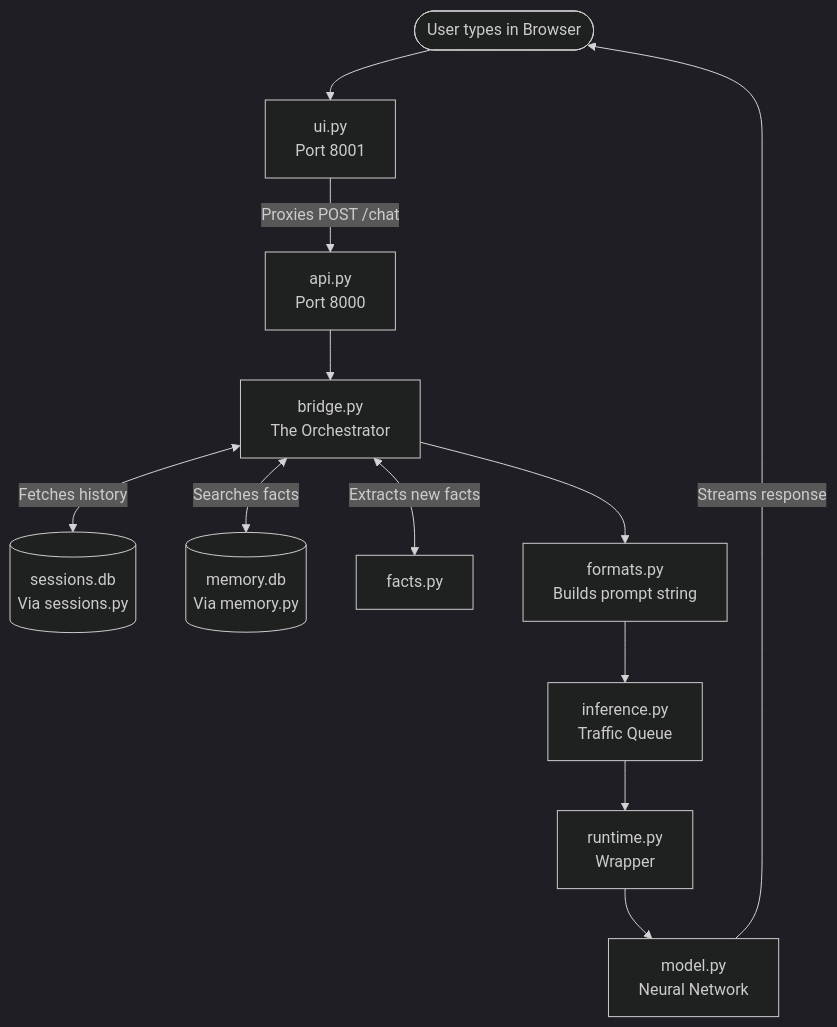
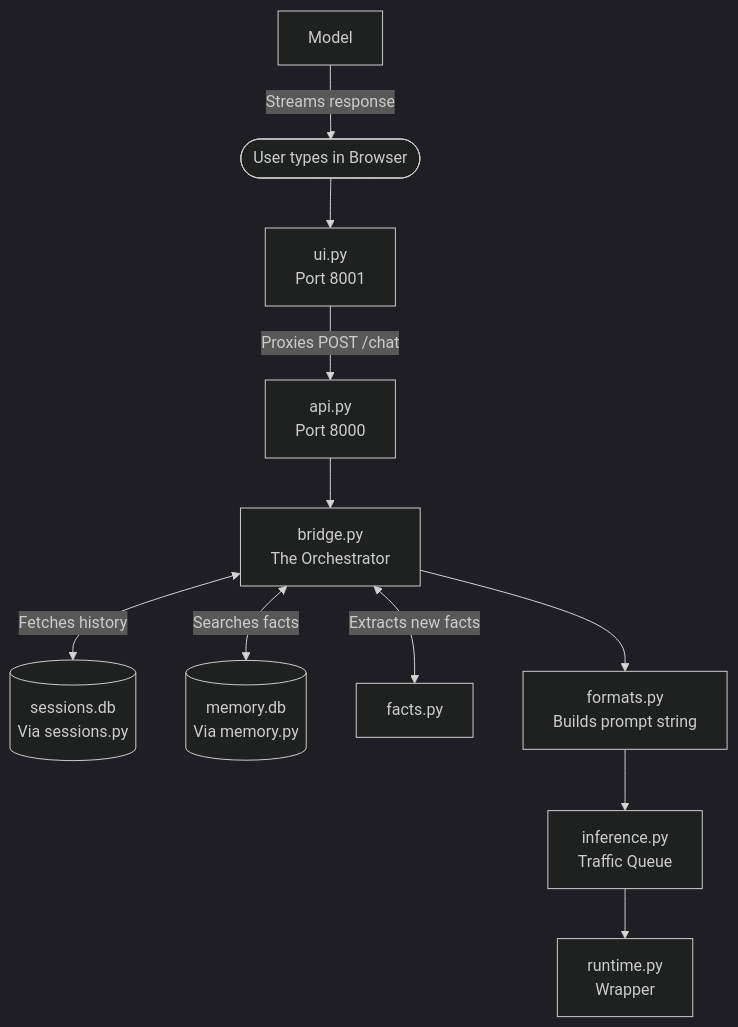
Before and after one commit to pranav-labhe/Chit: the first of 4 diagrams in docs/PROJECT_INDEX.md, drawn with Mermaid (dark theme). The commit also changed other lines of this file and 9 other files, not shown here.

````diff
--- a/docs/PROJECT_INDEX.md
+++ b/docs/PROJECT_INDEX.md
@@ -32,17 +33,15 @@
 ```mermaid
 flowchart TD
     User([User types in Browser]) --> UI[ui.py\nPort 8001]
     UI -->|Proxies POST /chat| API[api.py\nPort 8000]
     API --> Bridge[bridge.py\nThe Orchestrator]
     
     Bridge <-->|Fetches history| Sessions[(sessions.db\nVia sessions.py)]
     Bridge <-->|Searches facts| Memory[(memory.db\nVia memory.py)]
     Bridge <-->|Extracts new facts| Facts[facts.py]
     
     Bridge --> Formats[formats.py\nBuilds prompt string]
     Formats --> Queue[inference.py\nTraffic Queue]
     Queue --> Runtime[runtime.py\nWrapper]
-    Runtime --> Model[model.py\nNeural Network]
-    
     Model -->|Streams response| User
 ```
````
